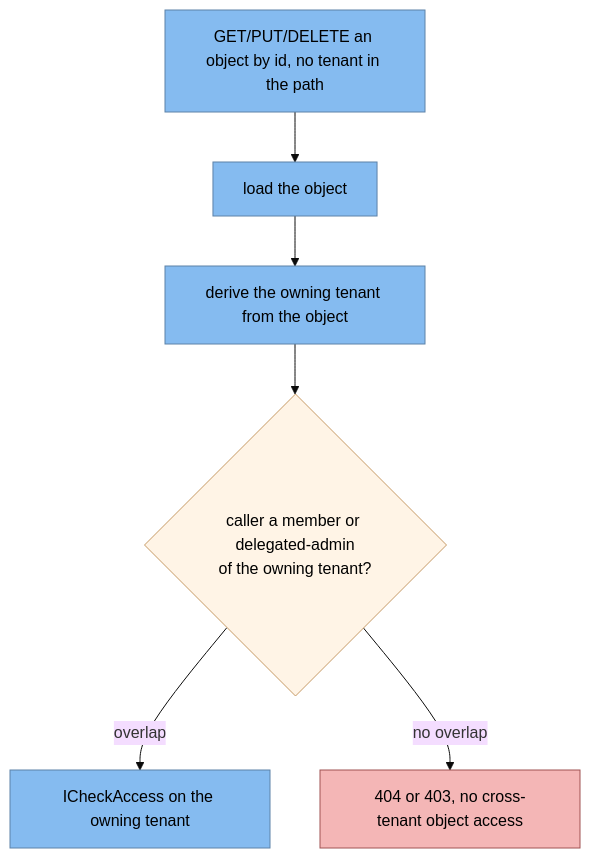
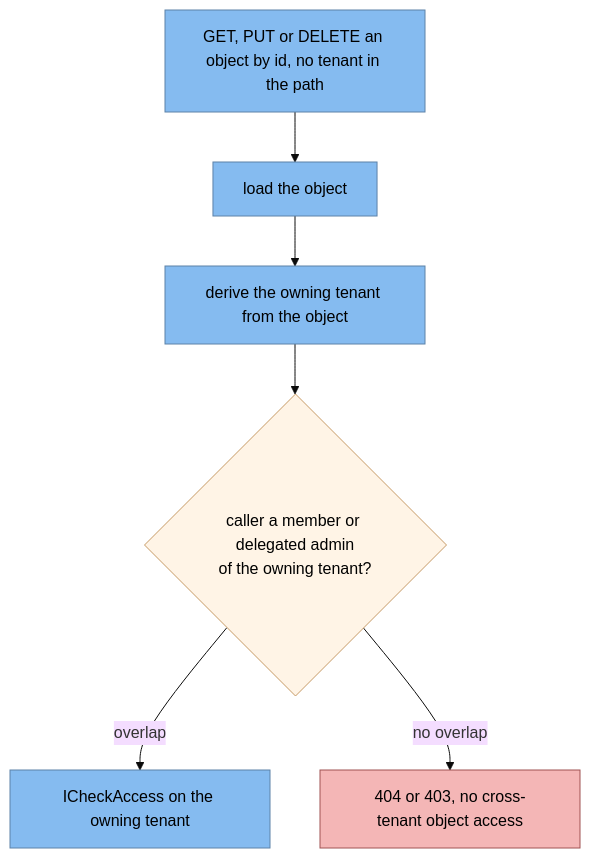
One commit to namphuongtran/nami changed the fifth of 5 diagrams in docs/design/07-authorization.md. Above: the diagram before and after it, drawn with Mermaid (base theme). The commit also changed other lines of this file and 1 other file, not shown here.

````diff
--- a/docs/design/07-authorization.md
+++ b/docs/design/07-authorization.md
@@ -277,15 +383,15 @@
 ```mermaid
 flowchart TD
-  req[GET/PUT/DELETE an object by id, no tenant in the path]:::n
+  req[GET, PUT or DELETE an object by id, no tenant in the path]:::n
   load[load the object]:::n
   own[derive the owning tenant from the object]:::n
-  q{caller a member or delegated-admin<br/>of the owning tenant?}:::d
+  q{caller a member or delegated admin<br/>of the owning tenant?}:::d
   ok[ICheckAccess on the owning tenant]:::n
   deny[404 or 403, no cross-tenant object access]:::r
   req --> load --> own --> q
   q -->|overlap| ok
   q -->|no overlap| deny
   classDef n fill:#85bbf0,stroke:#5d82a8,color:#000000
   classDef d fill:#fff4e6,stroke:#c69a66,color:#000000
   classDef r fill:#f4b6b6,stroke:#a05252,color:#000000
 ```
````
